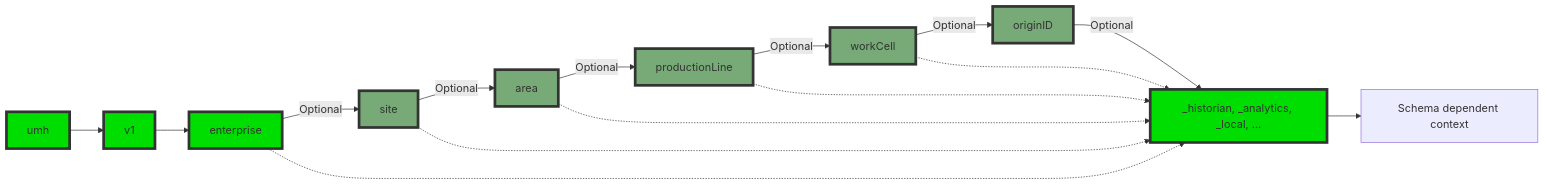
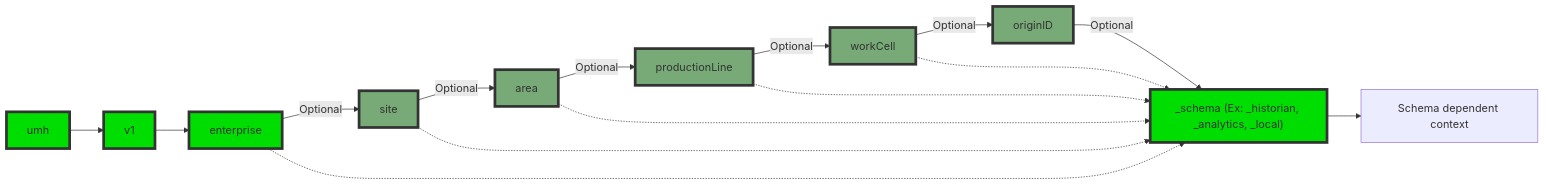
One commit to united-manufacturing-hub/umh.docs.umh.app changed the diagram in umh.docs.umh.app/content/en/docs/datamodel/messages/_index.md. Above: the diagram before and after it, drawn with Mermaid. The commit also changed other lines of this file and 3 other files, not shown here.

```diff
--- a/umh.docs.umh.app/content/en/docs/datamodel/messages/_index.md
+++ b/umh.docs.umh.app/content/en/docs/datamodel/messages/_index.md
@@ -12,23 +11,25 @@
 {{<mermaid theme="neutral" >}}
 flowchart LR
     umh --> v1
     v1 --> enterprise
     enterprise -->|Optional| site
     site -->|Optional| area
     area -->|Optional| productionLine
     productionLine -->|Optional| workCell
     workCell -->|Optional| originID
-    originID -->|Optional| _schema["_historian, _analytics, _local, ..."]
+    originID -->|Optional| _schema["_schema (Ex: _historian, _analytics, _local)"]
     _schema -->_opt["Schema dependent context"]
     
     classDef mqtt fill:#00dd00,stroke:#333,stroke-width:4px;
     class umh,v1,enterprise,_schema mqtt;
     classDef optional fill:#77aa77,stroke:#333,stroke-width:4px;
     class site,area,productionLine,workCell,originID optional;
     
     enterprise -.-> _schema
     site -.-> _schema
     area -.-> _schema
     productionLine -.-> _schema
     workCell -.-> _schema
+
+    click _schema href "#_schema"
 {{</ mermaid >}}
```
